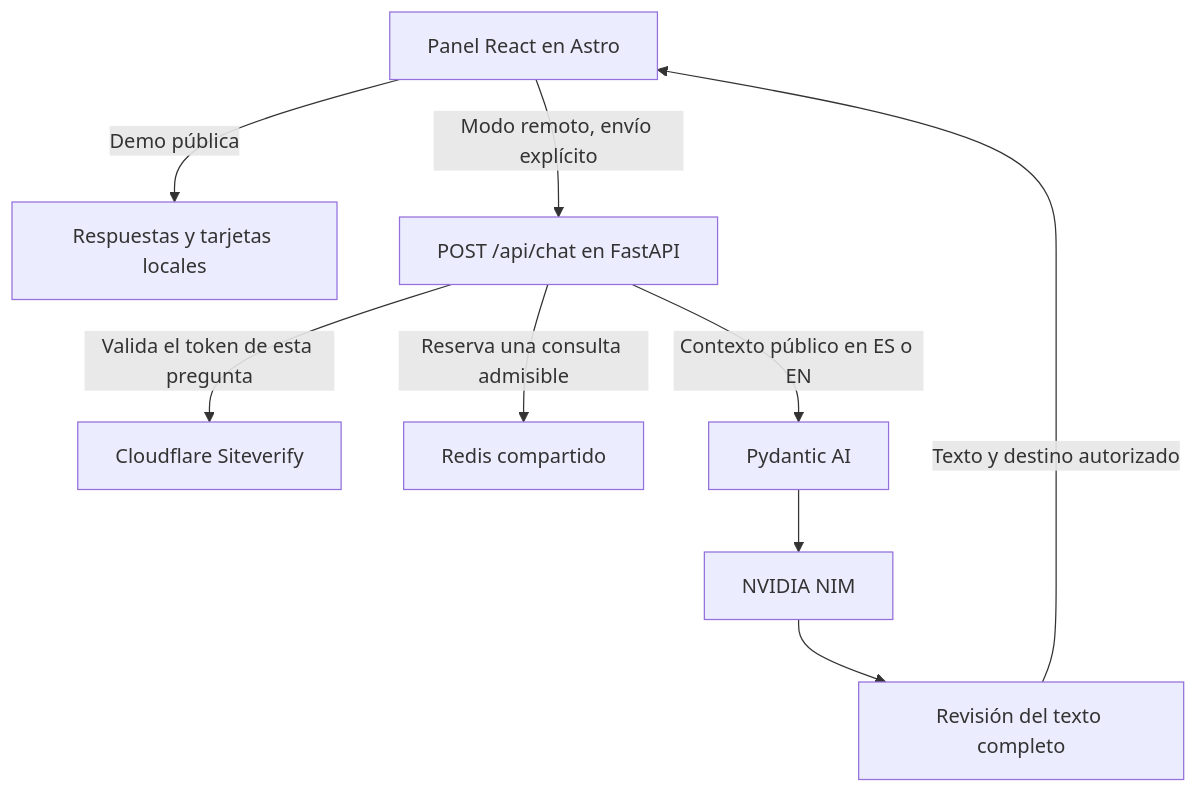
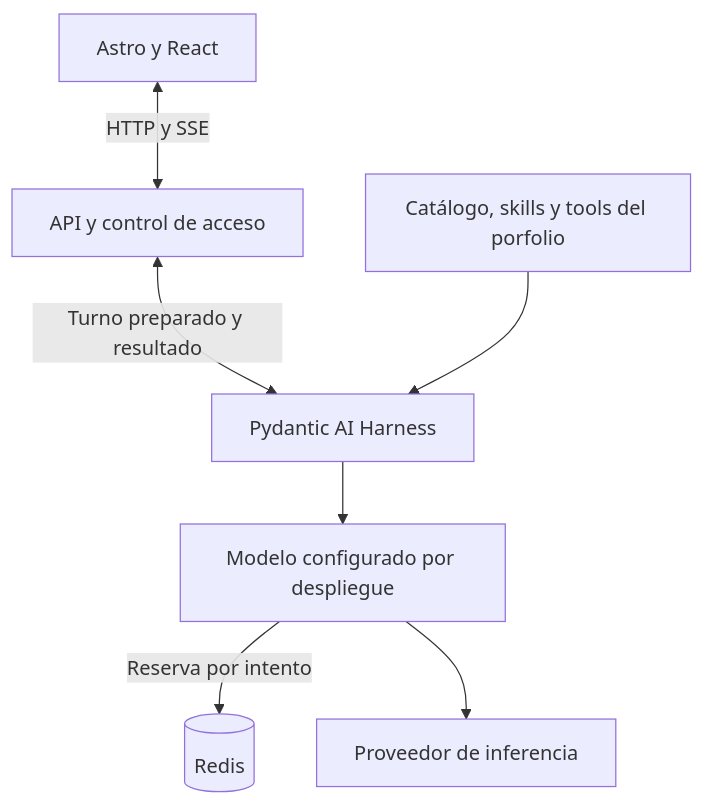
The diagram in docs/features/assistant-preview.md (almiab1/portfolio), drawn with Mermaid before and after one commit. The commit also changed other lines of this file and 37 other files, not shown here.

````diff
--- a/docs/features/assistant-preview.md
+++ b/docs/features/assistant-preview.md
@@ -11,11 +11,9 @@
 ```mermaid
 flowchart TD
-    UI[Panel React en Astro] -->|Demo pública| Local[Respuestas y tarjetas locales]
-    UI -->|Modo remoto, envío explícito| API[POST /api/chat en FastAPI]
-    API -->|Valida el token de esta pregunta| Verify[Cloudflare Siteverify]
-    API -->|Reserva una consulta admisible| Budget[Redis compartido]
-    API -->|Contexto público en ES o EN| Agent[Pydantic AI]
-    Agent --> NIM[NVIDIA NIM]
-    NIM --> Output[Revisión del texto completo]
-    Output -->|Texto y destino autorizado| UI
+    UI[Astro y React] <-->|HTTP y SSE| API[API y control de acceso]
+    API <-->|Turno preparado y resultado| Harness[Pydantic AI Harness]
+    Guide[Catálogo, skills y tools del porfolio] --> Harness
+    Harness --> Model[Modelo configurado por despliegue]
+    Model -->|Reserva por intento| Redis[(Redis)]
+    Model --> Provider[Proveedor de inferencia]
 ```
````
